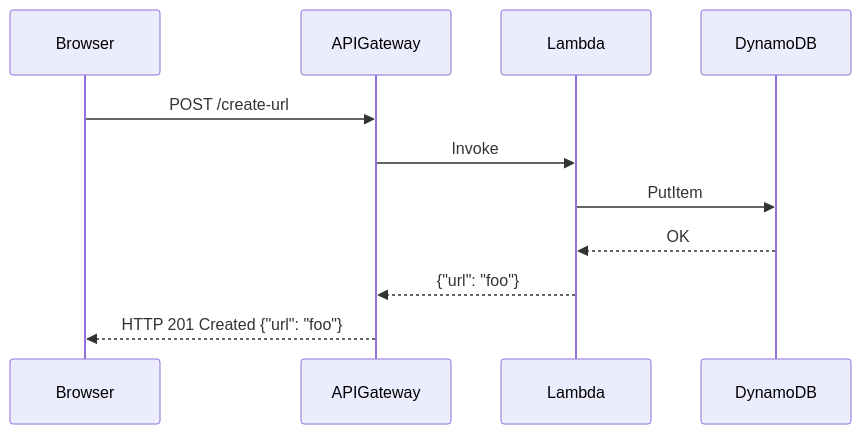
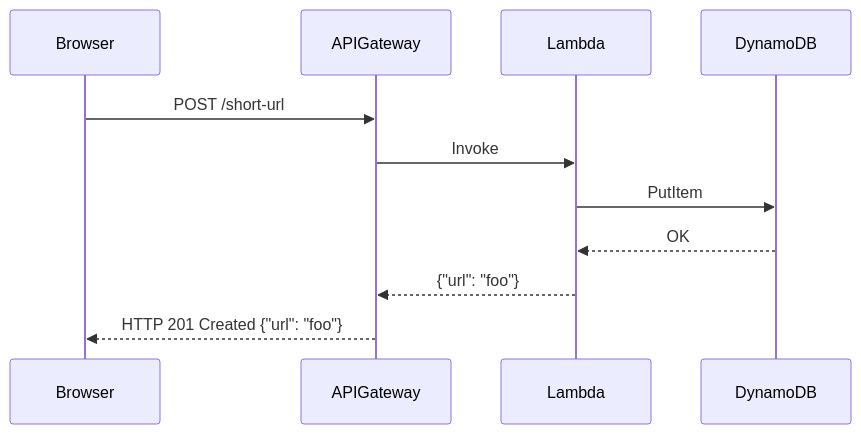
Before and after one commit to superluminar-io/sac-workshop-web: the diagram in content/lab1/_index.md, drawn with Mermaid. The commit also changed other lines of this file and 8 other files, not shown here.

```diff
--- a/content/lab1/_index.md
+++ b/content/lab1/_index.md
@@ -38,13 +38,13 @@
 {{<mermaid>}}
 sequenceDiagram
     participant Browser
     participant APIGateway
     participant Lambda
     participant DynamoDB
-    Browser->>APIGateway: POST /create-url
+    Browser->>APIGateway: POST /short-url
     APIGateway->>Lambda: Invoke
     Lambda->>DynamoDB: PutItem
     DynamoDB-->>Lambda: OK
     Lambda-->>APIGateway: {"url": "foo"}
     APIGateway-->>Browser: HTTP 201 Created {"url": "foo"}
 {{< /mermaid >}}
```
